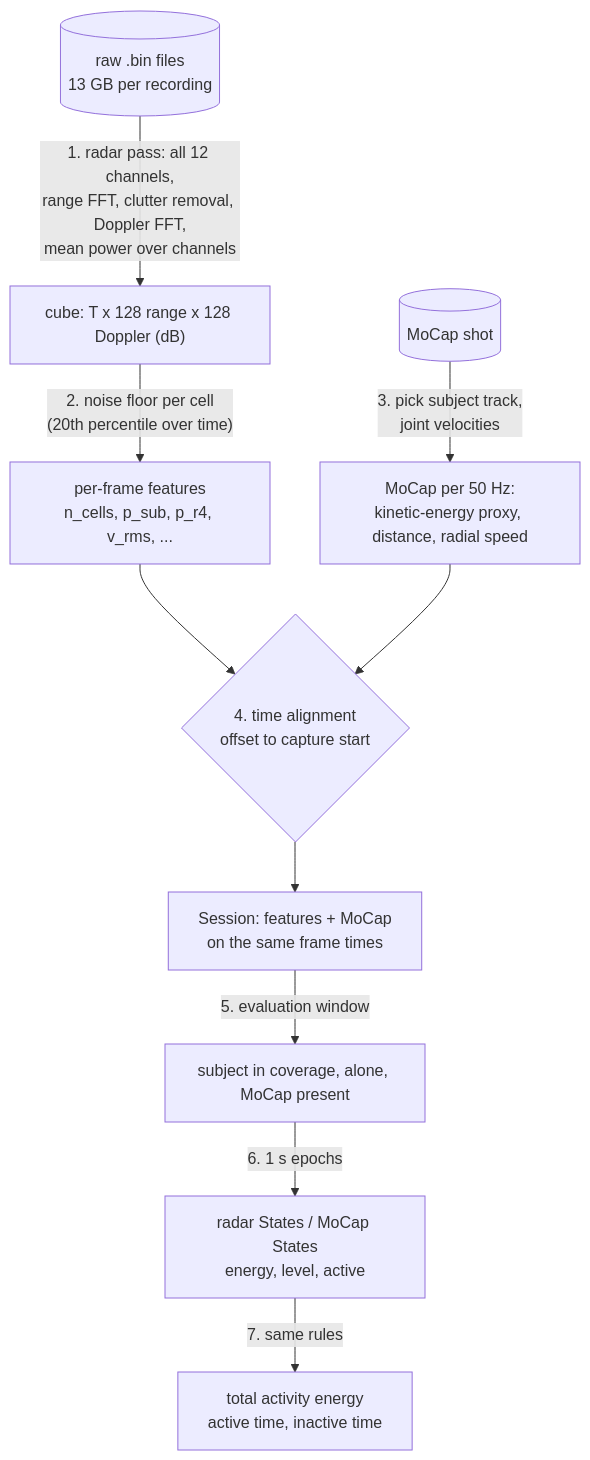
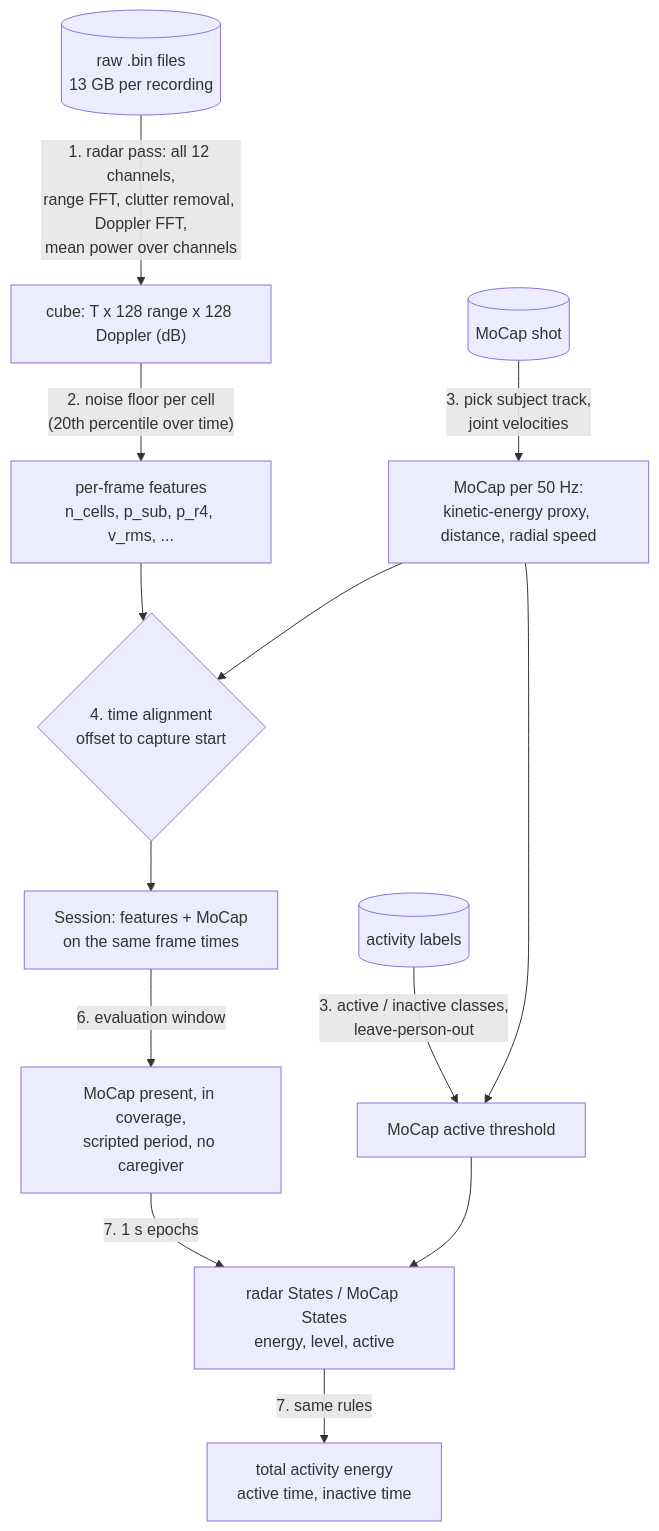
Before and after one commit to itsXuanFeng/mobilityIndex: the first of 4 diagrams in docs/category1.md, drawn with Mermaid. The commit also changed other lines of this file and 21 other files, not shown here.

````diff
--- a/docs/category1.md
+++ b/docs/category1.md
@@ -34,12 +41,15 @@
 ```mermaid
 flowchart TD
     A[("raw .bin files<br/>13 GB per recording")] -->|"1. radar pass: all 12 channels,<br/>range FFT, clutter removal, Doppler FFT,<br/>mean power over channels"| B["cube: T x 128 range x 128 Doppler (dB)"]
     B -->|"2. noise floor per cell<br/>(20th percentile over time)"| C["per-frame features<br/>n_cells, p_sub, p_r4, v_rms, ..."]
     M[("MoCap shot")] -->|"3. pick subject track,<br/>joint velocities"| G["MoCap per 50 Hz:<br/>kinetic-energy proxy, distance, radial speed"]
+    L[("activity labels")] -->|"3. active / inactive classes,<br/>leave-person-out"| TH["MoCap active threshold"]
+    G --> TH
     C --> AL{"4. time alignment<br/>offset to capture start"}
     G --> AL
     AL --> S["Session: features + MoCap<br/>on the same frame times"]
-    S -->|"5. evaluation window"| W["subject in coverage, alone, MoCap present"]
-    W -->|"6. 1 s epochs"| ST["radar States / MoCap States<br/>energy, level, active"]
+    S -->|"6. evaluation window"| W["MoCap present, in coverage,<br/>scripted period, no caregiver"]
+    W -->|"7. 1 s epochs"| ST["radar States / MoCap States<br/>energy, level, active"]
+    TH --> ST
     ST -->|"7. same rules"| MET["total activity energy<br/>active time, inactive time"]
 ```
````
